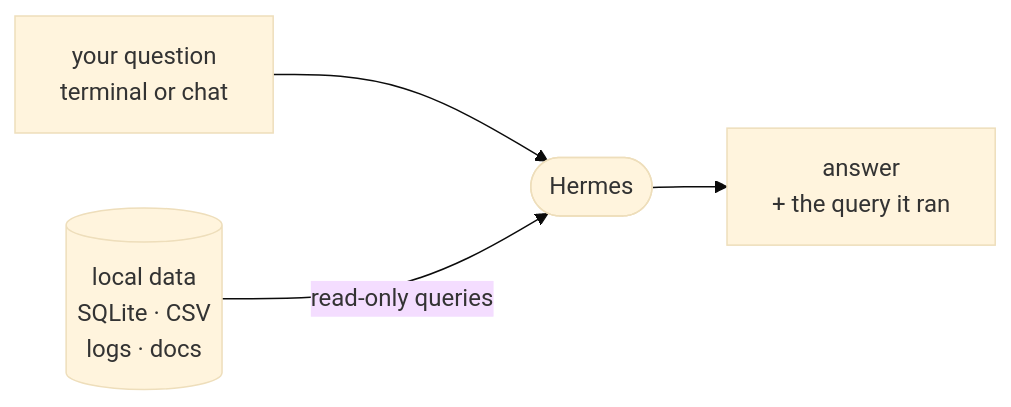
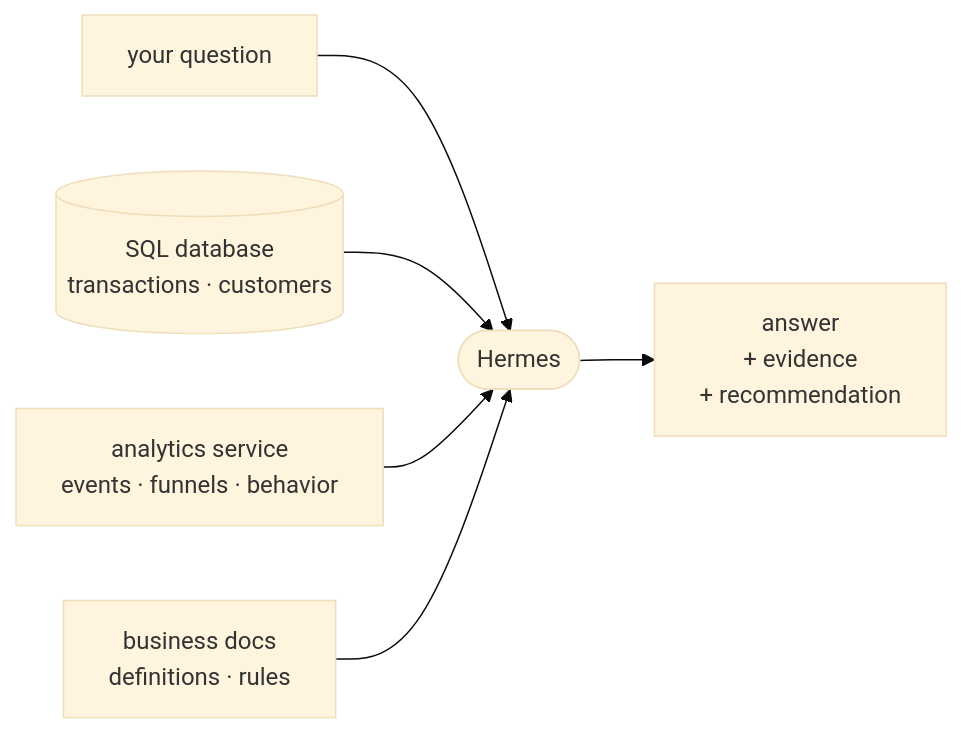
The diagram in docs/use-cases/chatops-data.md (chrishart0/hermes-workshop), drawn with Mermaid (base theme) before and after one commit. The commit also changed other lines of this file, not shown here.

````diff
--- a/docs/use-cases/chatops-data.md
+++ b/docs/use-cases/chatops-data.md
@@ -32,6 +22,8 @@
 ```mermaid
 flowchart LR
-    Q["your question<br/>terminal or chat"] --> A(["Hermes"])
-    D[("local data<br/>SQLite · CSV<br/>logs · docs")] -- "read-only queries" --> A
-    A --> X["answer<br/>+ the query it ran"]
+    Q["your question"] --> A(["Hermes"])
+    SQL[("SQL database<br/>transactions · customers")] --> A
+    AN["analytics service<br/>events · funnels · behavior"] --> A
+    DOC["business docs<br/>definitions · rules"] --> A
+    A --> R["answer<br/>+ evidence<br/>+ recommendation"]
 ```
````
